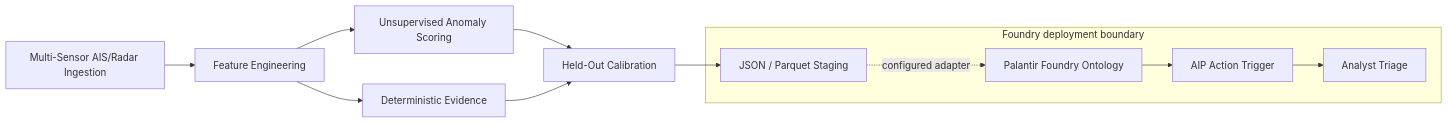
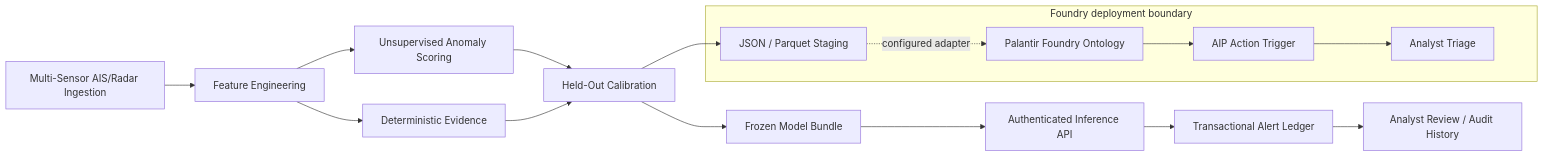
Before and after one commit to melgoldstein/isr-maritime-threat-ml: the diagram in README.md, drawn with Mermaid. The commit also changed other lines of this file and 9 other files, not shown here.

Commit message:
Record frozen-model stress results and service operations

````diff
--- a/README.md
+++ b/README.md
@@ -26,14 +34,18 @@
 ```mermaid
 flowchart LR
     A[Multi-Sensor AIS/Radar Ingestion] --> B[Feature Engineering]
     B --> C[Unsupervised Anomaly Scoring]
     B --> R[Deterministic Evidence]
     C --> D[Held-Out Calibration]
     R --> D
     D --> E[JSON / Parquet Staging]
+    D --> M[Frozen Model Bundle]
+    M --> S[Authenticated Inference API]
+    S --> L[Transactional Alert Ledger]
+    L --> J[Analyst Review / Audit History]
     subgraph Foundry deployment boundary
         E -. configured adapter .-> F[Palantir Foundry Ontology]
         F --> G[AIP Action Trigger]
         G --> H[Analyst Triage]
     end
 ```
````
